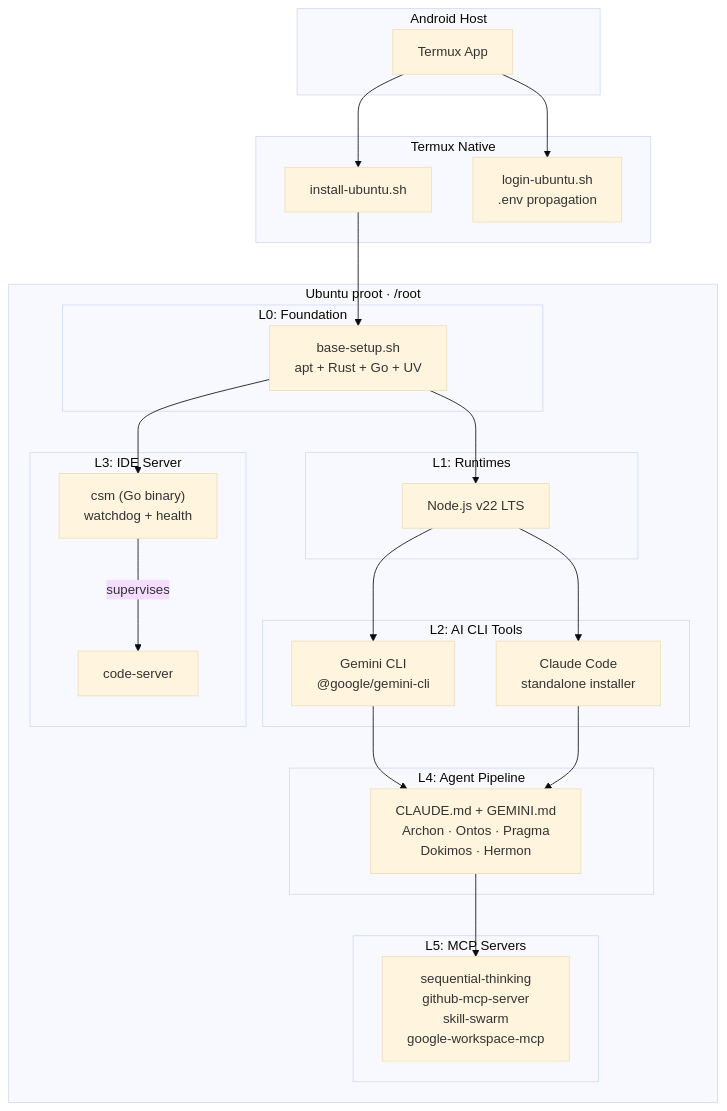
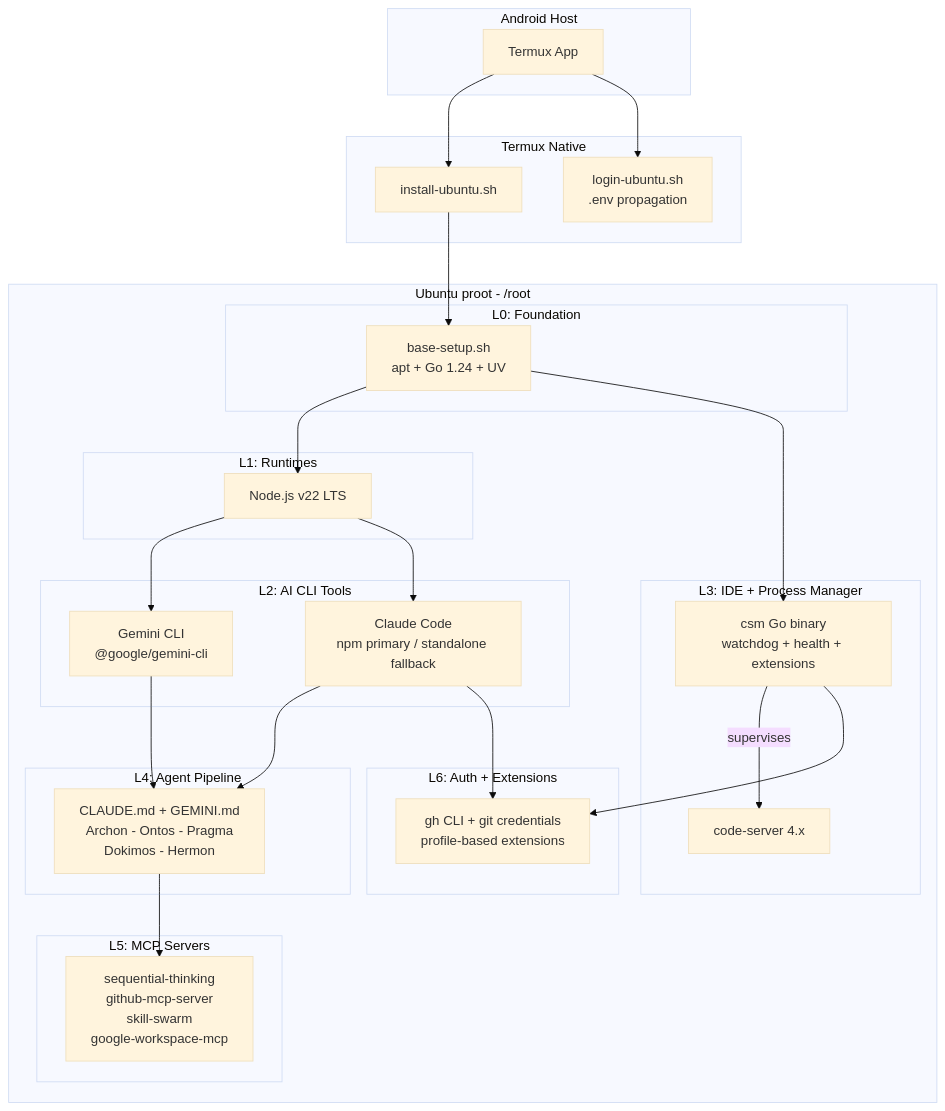
Before and after one commit to ancrz/termux-linux-deployer: the first of 6 diagrams in README.md, drawn with Mermaid (base theme). The commit also changed other lines of this file and 2 other files, not shown here.

First line of the commit message:
feat: pipeline improvements, docs, and README with Mermaid diagrams

````diff
--- a/README.md
+++ b/README.md
@@ -13,46 +11,51 @@
 ```mermaid
 graph TB
     subgraph "Android Host"
         A["Termux App"]
     end
 
     subgraph "Termux Native"
         B["install-ubuntu.sh"]
         L["login-ubuntu.sh<br/>.env propagation"]
     end
 
-    subgraph "Ubuntu proot · /root"
+    subgraph "Ubuntu proot - /root"
         subgraph "L0: Foundation"
-            C["base-setup.sh<br/>apt + Rust + Go + UV"]
+            C["base-setup.sh<br/>apt + Go 1.24 + UV"]
         end
 
         subgraph "L1: Runtimes"
             D["Node.js v22 LTS"]
         end
 
         subgraph "L2: AI CLI Tools"
             G["Gemini CLI<br/>@google/gemini-cli"]
-            H["Claude Code<br/>standalone installer"]
+            H["Claude Code<br/>npm primary / standalone fallback"]
         end
 
-        subgraph "L3: IDE Server"
-            I["csm (Go binary)<br/>watchdog + health"]
-            J["code-server"]
+        subgraph "L3: IDE + Process Manager"
+            I["csm Go binary<br/>watchdog + health + extensions"]
+            J["code-server 4.x"]
         end
 
         subgraph "L4: Agent Pipeline"
-            K["CLAUDE.md + GEMINI.md<br/>Archon · Ontos · Pragma<br/>Dokimos · Hermon"]
+            K["CLAUDE.md + GEMINI.md<br/>Archon - Ontos - Pragma<br/>Dokimos - Hermon"]
         end
 
         subgraph "L5: MCP Servers"
             M["sequential-thinking<br/>github-mcp-server<br/>skill-swarm<br/>google-workspace-mcp"]
+        end
+
+        subgraph "L6: Auth + Extensions"
+            N["gh CLI + git credentials<br/>profile-based extensions"]
         end
     end
 
     A --> B --> C
     A --> L
     C --> D --> G & H
     C --> I -->|supervises| J
-    G & H --> K
-    K --> M
+    G & H --> K --> M
+    H --> N
+    I --> N
 ```
````
